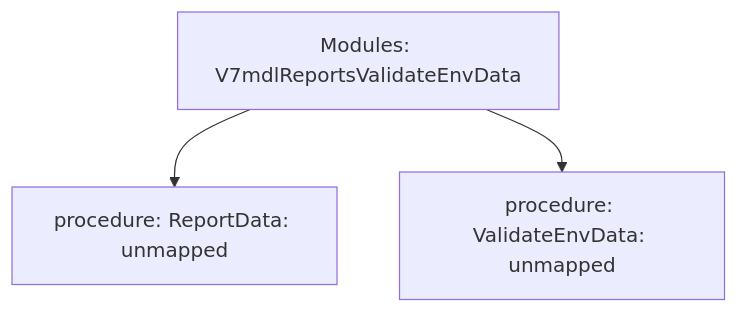
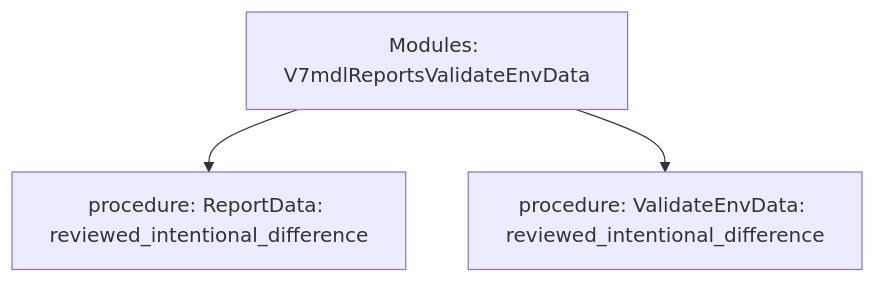
One commit to Boostao/vpro changed the diagram in data-raw/parity/generated/trees/modules-v7mdlreportsvalidateenvdata.mmd. Above: the diagram before and after it, drawn with Mermaid. The commit also changed 12 other files, not shown here.

```diff
--- a/data-raw/parity/generated/trees/modules-v7mdlreportsvalidateenvdata.mmd
+++ b/data-raw/parity/generated/trees/modules-v7mdlreportsvalidateenvdata.mmd
@@ -1,4 +1,4 @@
 flowchart TD
   root[Modules: V7mdlReportsValidateEnvData]
-  root --> n1[procedure: ReportData: unmapped]
-  root --> n2[procedure: ValidateEnvData: unmapped]
+  root --> n1[procedure: ReportData: reviewed_intentional_difference]
+  root --> n2[procedure: ValidateEnvData: reviewed_intentional_difference]
```
